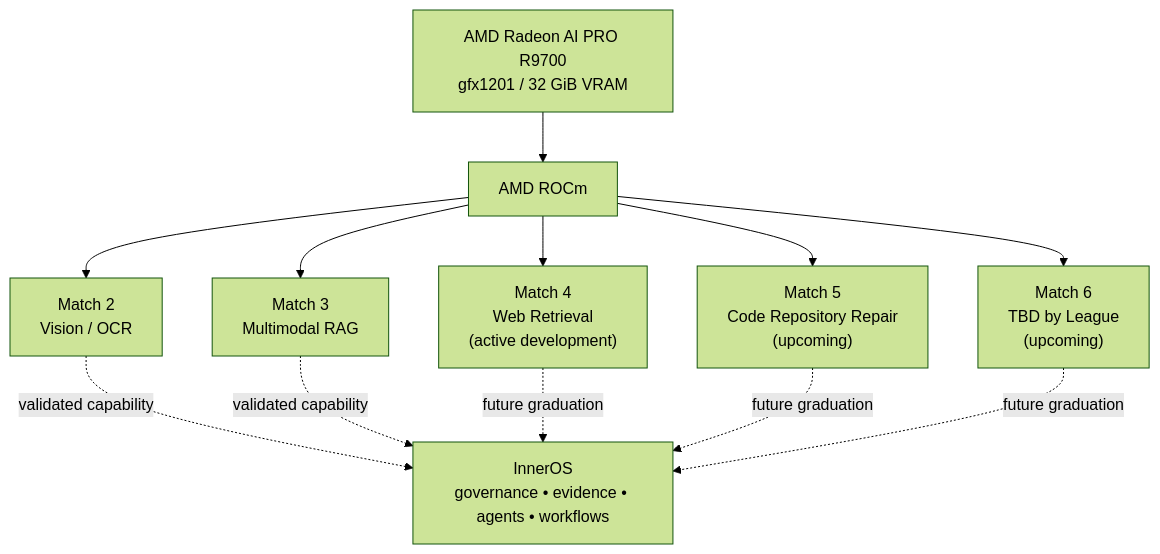
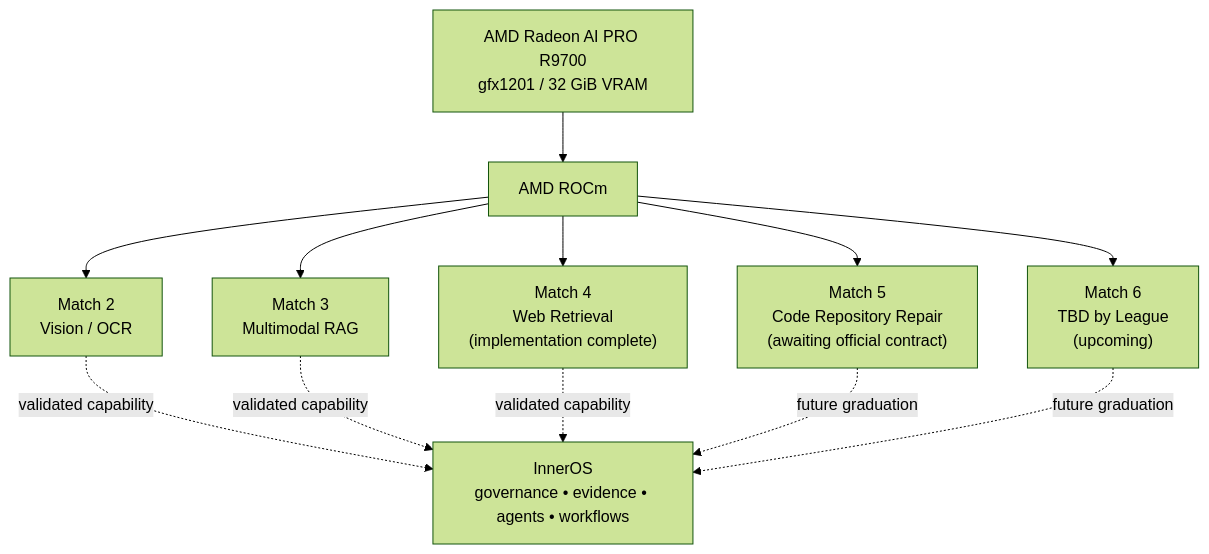
The diagram in README.md (Rafa-Innerchispa/inneros-amd-ai-league-2026), drawn with Mermaid (forest theme) before and after one commit. The commit also changed other lines of this file, not shown here.

Commit message:
docs(amd-league): reconcile Match 4 completion and Match 5 platform state

````diff
--- a/README.md
+++ b/README.md
@@ -18,18 +18,18 @@
 ```mermaid
 flowchart TB
     GPU["AMD Radeon AI PRO R9700<br/>gfx1201 / 32 GiB VRAM"]
     ROCM["AMD ROCm"]
     GPU --> ROCM
 
     ROCM --> M2["Match 2<br/>Vision / OCR"]
     ROCM --> M3["Match 3<br/>Multimodal RAG"]
-    ROCM --> M4["Match 4<br/>Web Retrieval<br/>(active development)"]
-    ROCM --> M5["Match 5<br/>Code Repository Repair<br/>(upcoming)"]
+    ROCM --> M4["Match 4<br/>Web Retrieval<br/>(implementation complete)"]
+    ROCM --> M5["Match 5<br/>Code Repository Repair<br/>(awaiting official contract)"]
     ROCM --> M6["Match 6<br/>TBD by League<br/>(upcoming)"]
 
     M2 -. validated capability .-> IOS["InnerOS<br/>governance • evidence • agents • workflows"]
     M3 -. validated capability .-> IOS
-    M4 -. future graduation .-> IOS
+    M4 -. validated capability .-> IOS
     M5 -. future graduation .-> IOS
     M6 -. future graduation .-> IOS
 ```
````
